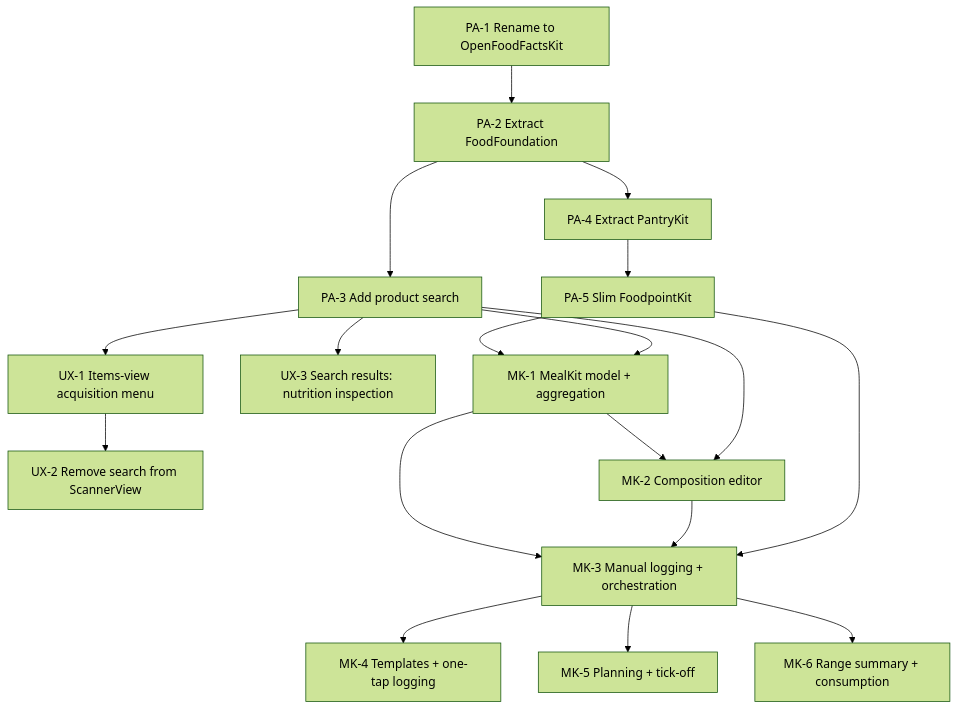
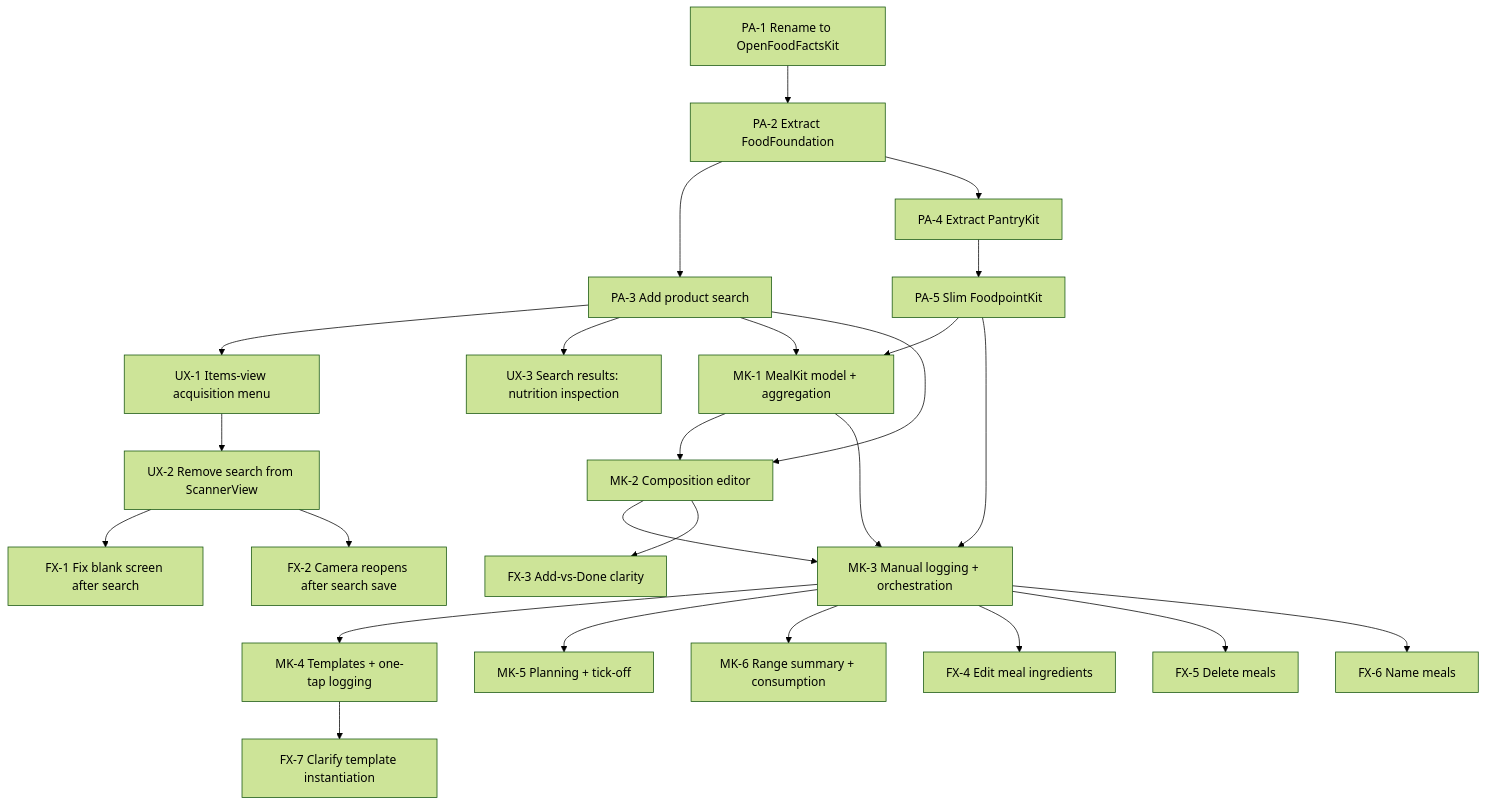
The diagram in docs/tasks/README.md (skrax/Foodpoint), drawn with Mermaid (forest theme) before and after one commit. The commit also changed other lines of this file and 7 other files, not shown here.

````diff
--- a/docs/tasks/README.md
+++ b/docs/tasks/README.md
@@ -37,22 +37,30 @@
 ```mermaid
 graph TD
     PA1["PA-1 Rename to OpenFoodFactsKit"] --> PA2["PA-2 Extract FoodFoundation"]
     PA2 --> PA3["PA-3 Add product search"]
     PA2 --> PA4["PA-4 Extract PantryKit"]
     PA4 --> PA5["PA-5 Slim FoodpointKit"]
 
     PA3 --> UX1["UX-1 Items-view acquisition menu"]
     UX1 --> UX2["UX-2 Remove search from ScannerView"]
     PA3 --> UX3["UX-3 Search results: nutrition inspection"]
 
     PA5 --> MK1["MK-1 MealKit model + aggregation"]
     PA3 --> MK1
     MK1 --> MK2["MK-2 Composition editor"]
     PA3 --> MK2
     MK1 --> MK3["MK-3 Manual logging + orchestration"]
     MK2 --> MK3
     PA5 --> MK3
     MK3 --> MK4["MK-4 Templates + one-tap logging"]
     MK3 --> MK5["MK-5 Planning + tick-off"]
     MK3 --> MK6["MK-6 Range summary + consumption"]
+
+    UX2 --> FX1["FX-1 Fix blank screen after search"]
+    UX2 --> FX2["FX-2 Camera reopens after search save"]
+    MK2 --> FX3["FX-3 Add-vs-Done clarity"]
+    MK3 --> FX4["FX-4 Edit meal ingredients"]
+    MK3 --> FX5["FX-5 Delete meals"]
+    MK3 --> FX6["FX-6 Name meals"]
+    MK4 --> FX7["FX-7 Clarify template instantiation"]
 ```
````
